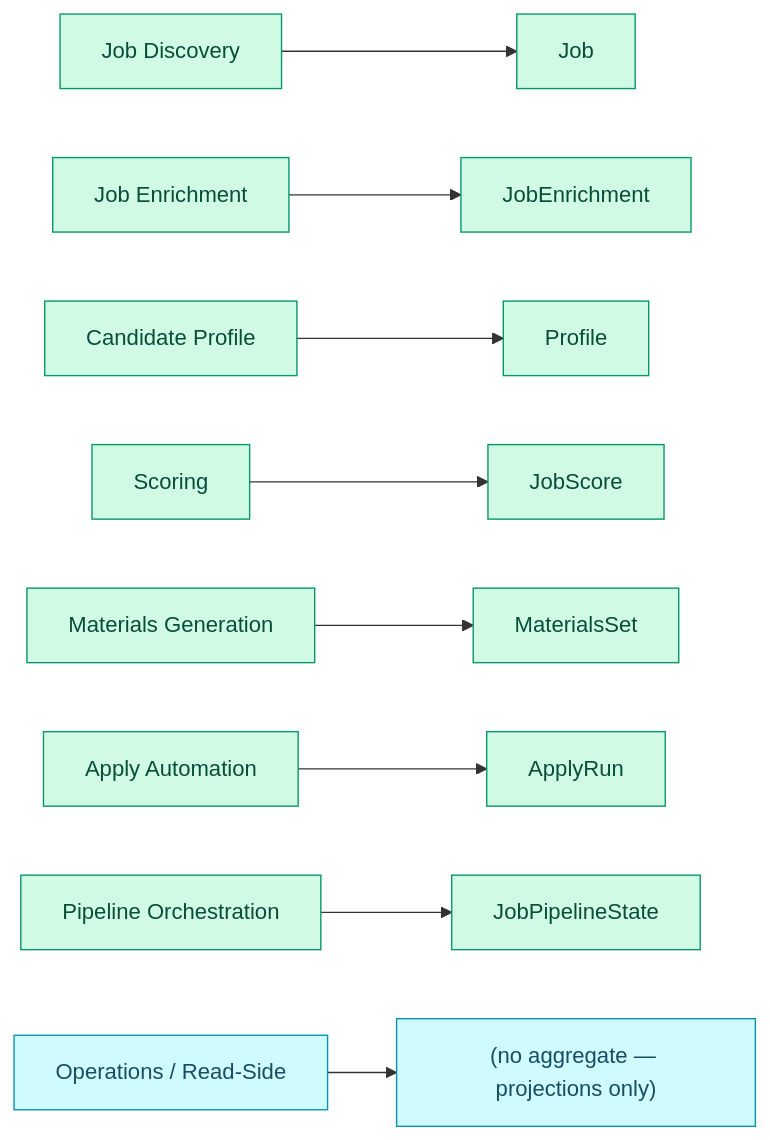
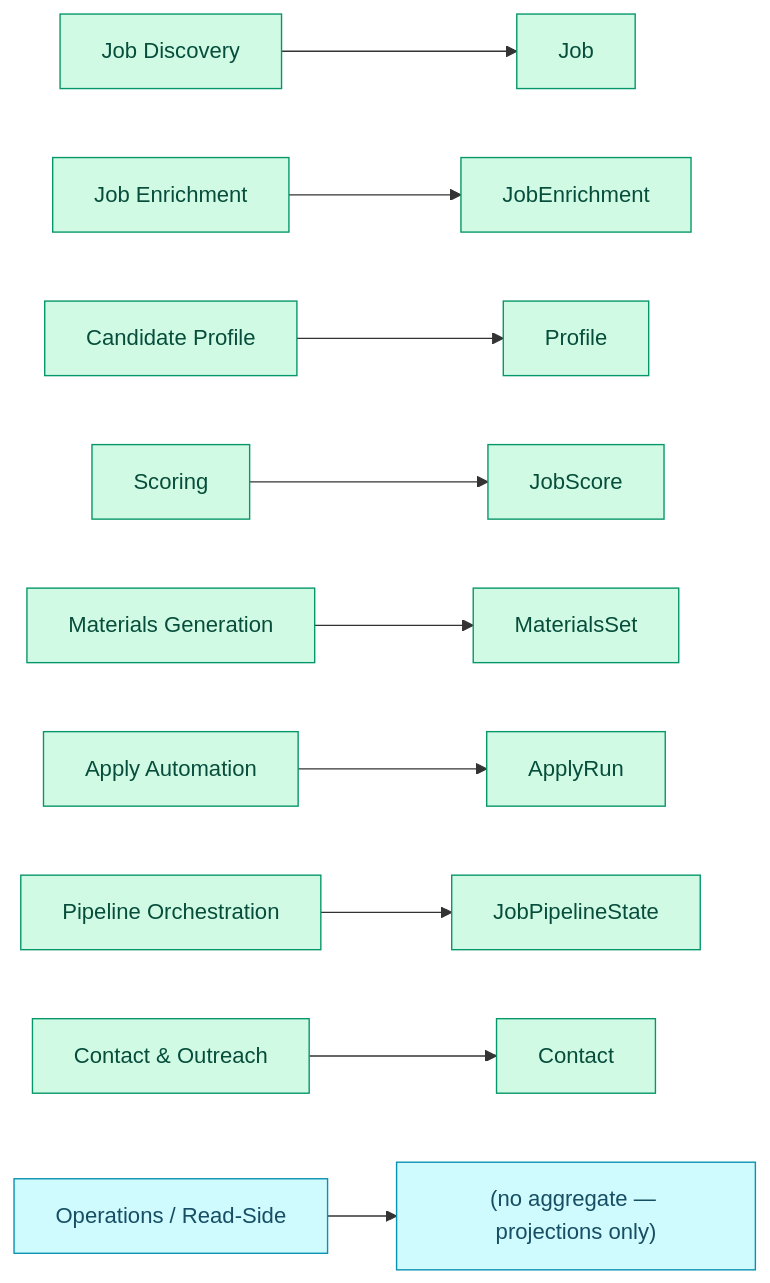
The first of 3 diagrams in docs/architecture/domain-model/tactical.md (ebarti/JobCtrl), drawn with Mermaid before and after one commit. The commit also changed other lines of this file and 99 other files, not shown here.

First line of the commit message:
feat(outreach): add contact records

````diff
--- a/docs/architecture/domain-model/tactical.md
+++ b/docs/architecture/domain-model/tactical.md
@@ -12,16 +12,17 @@
 ```mermaid
 flowchart LR
     D["Job Discovery"] --> Djob["Job"]
     E["Job Enrichment"] --> Ejob["JobEnrichment"]
     P["Candidate Profile"] --> Pp["Profile"]
     S["Scoring"] --> Ss["JobScore"]
     M["Materials Generation"] --> Mm["MaterialsSet"]
     A["Apply Automation"] --> Aa["ApplyRun"]
     O["Pipeline Orchestration"] --> Oo["JobPipelineState"]
+    C["Contact & Outreach"] --> Cc["Contact"]
     R["Operations / Read-Side"] --> Rr["(no aggregate — projections only)"]
 
     classDef py fill:#d1fae5,stroke:#059669,color:#064e3b
     classDef store fill:#cffafe,stroke:#0891b2,color:#164e63
-    class D,E,P,S,M,A,O,Djob,Ejob,Pp,Ss,Mm,Aa,Oo py
+    class D,E,P,S,M,A,O,C,Djob,Ejob,Pp,Ss,Mm,Aa,Oo,Cc py
     class R,Rr store
 ```
````
